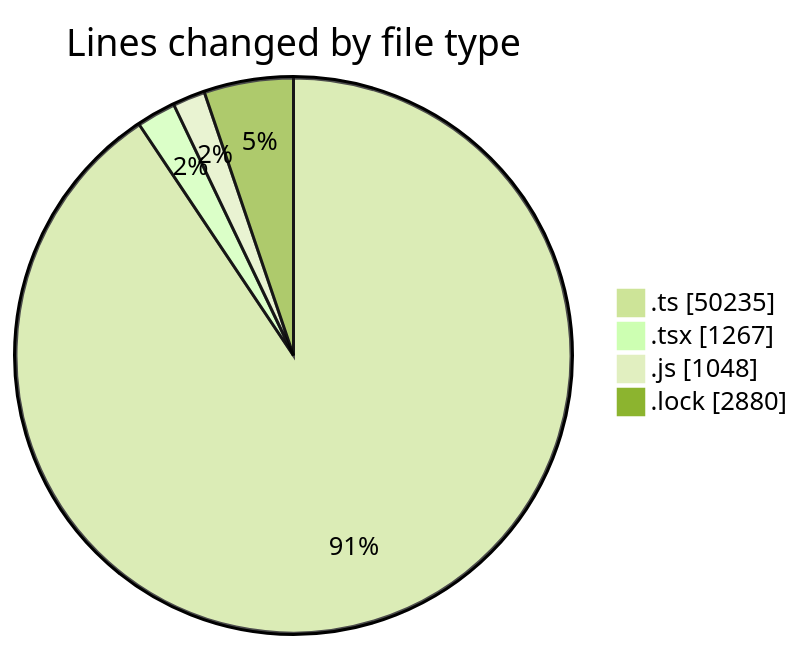
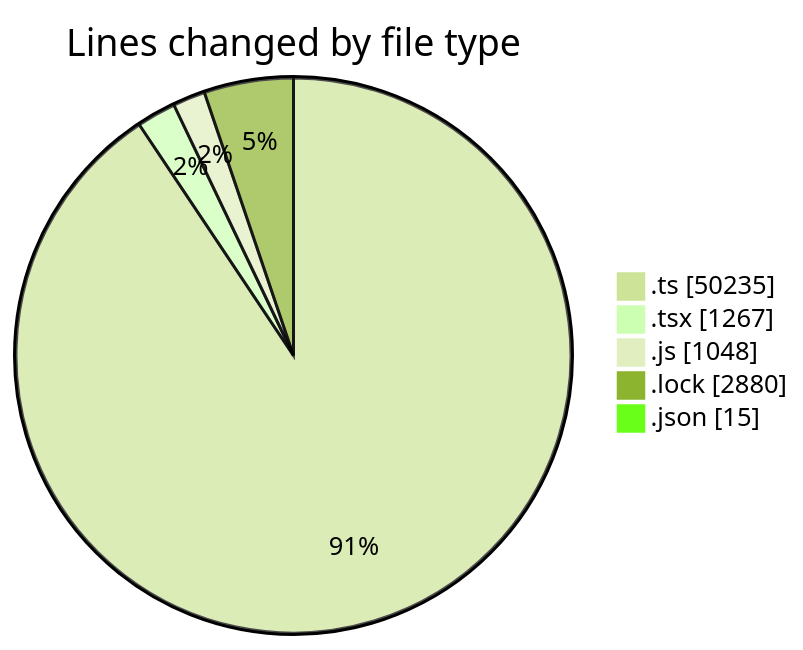
One commit to momahboobian/code-tracking changed the first of 2 diagrams in 2026-09-11/cda/README.md. Above: the diagram before and after it, drawn with Mermaid (forest theme). The commit also changed other lines of this file and 1 other file, not shown here.

````diff
--- a/2026-09-11/cda/README.md
+++ b/2026-09-11/cda/README.md
@@ -48,8 +49,9 @@
 ```mermaid
 pie showData
 title Lines changed by file type
 ".ts" : 50235
 ".tsx" : 1267
 ".js" : 1048
 ".lock" : 2880
+".json" : 15
 ```
````
